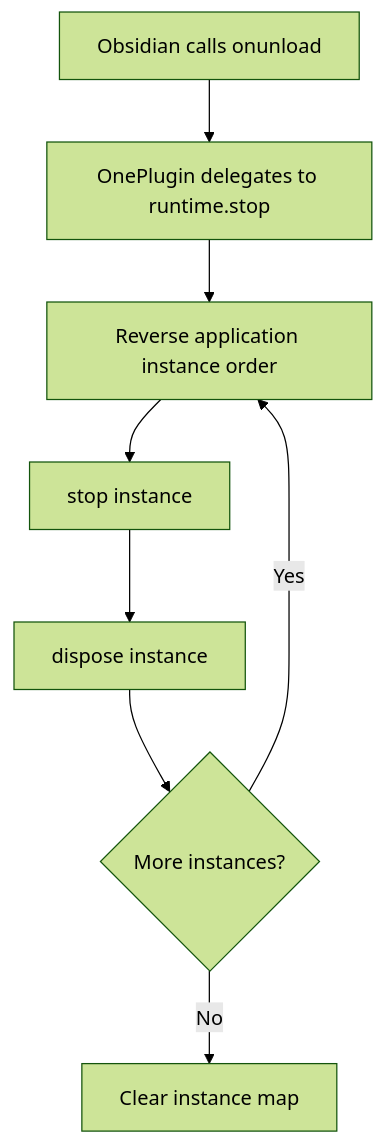
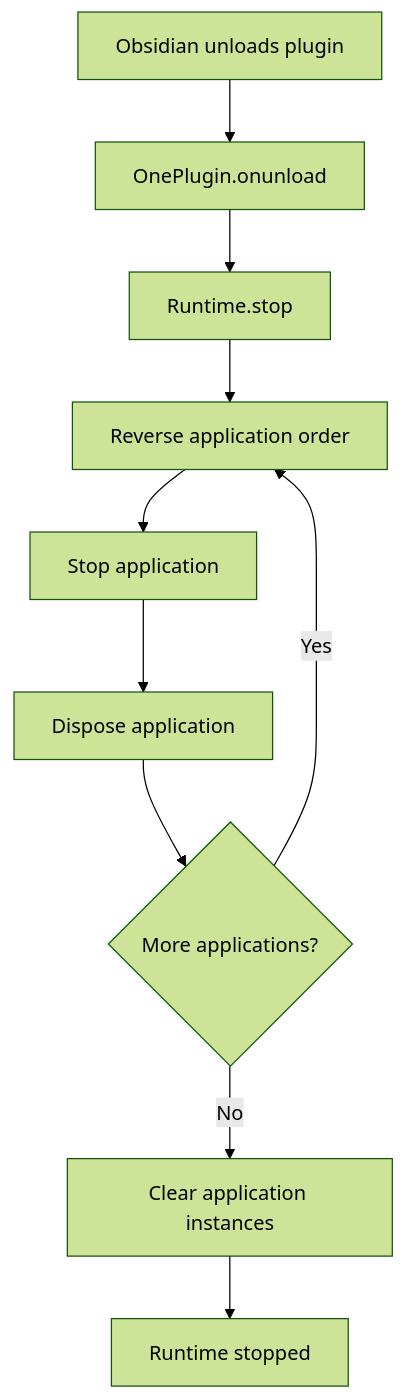
One commit to Akkiraj1234/one-plugin changed the third of 3 diagrams in docs/dev/Architecture/PLUGIN.md. Above: the diagram before and after it, drawn with Mermaid (forest theme). The commit also changed other lines of this file and 2 other files, not shown here.

````diff
--- a/docs/dev/Architecture/PLUGIN.md
+++ b/docs/dev/Architecture/PLUGIN.md
@@ -66,10 +254,12 @@
 ```mermaid
 flowchart TD
-	A[Obsidian calls onunload] --> B[OnePlugin delegates to runtime.stop]
-	B --> C[Reverse application instance order]
-	C --> D[stop instance]
-	D --> E[dispose instance]
-	E --> F{More instances?}
-	F -->|Yes| C
-	F -->|No| G[Clear instance map]
+    A[Obsidian unloads plugin] --> B[OnePlugin.onunload]
+    B --> C[Runtime.stop]
+    C --> D[Reverse application order]
+    D --> E[Stop application]
+    E --> F[Dispose application]
+    F --> G{More applications?}
+    G -->|Yes| D
+    G -->|No| H[Clear application instances]
+    H --> I[Runtime stopped]
 ```
````
